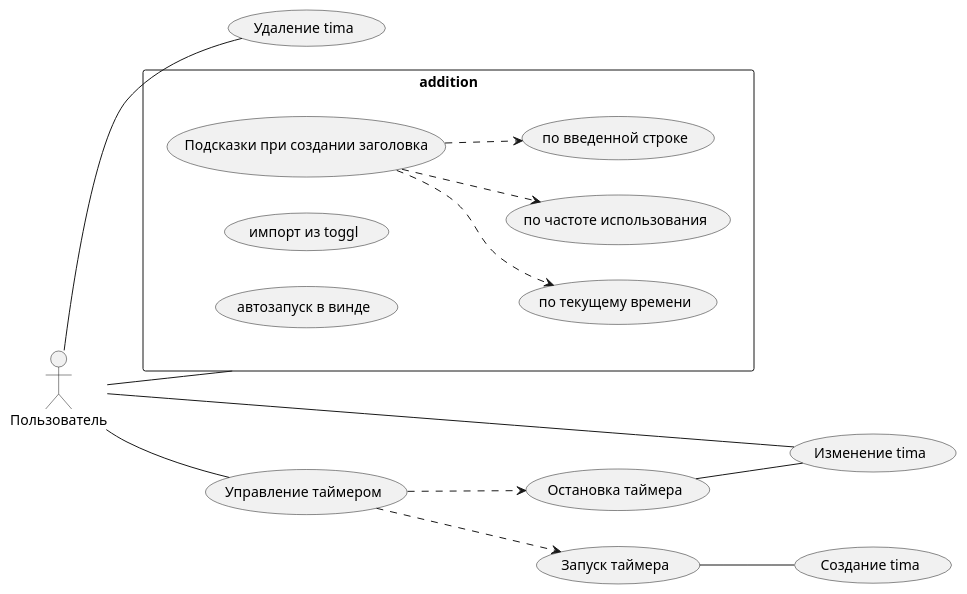
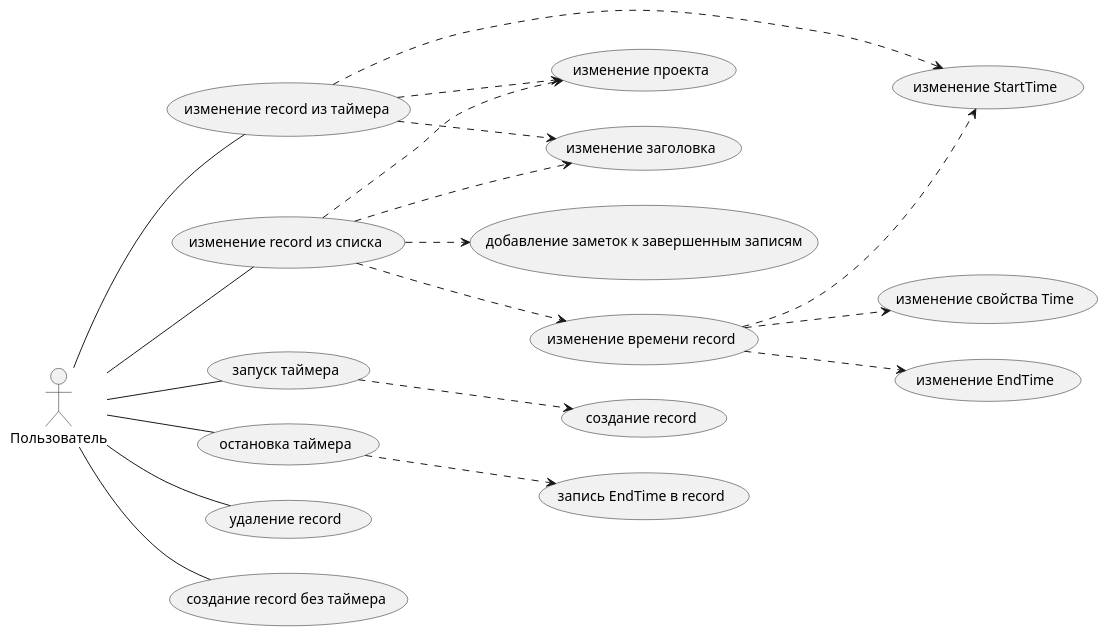
Before and after one commit to quaterni/TimaProject: the diagram in docs/use-cases/timaproject-use-case.plantuml, drawn with PlantUML. The commit also changed 66 other files, not shown here.

```diff
--- a/docs/use-cases/timaproject-use-case.plantuml
+++ b/docs/use-cases/timaproject-use-case.plantuml
@@ -1,43 +1,41 @@
-@startuml TimaProject
+@startuml timaproject-use-case
 
 left to right direction
 
 actor Пользователь as user
 
-(Создание tima) as crateNote
+(изменение record из таймера) as changeRecordTimer
+(запуск таймера) as startTimer
 
-(Удаление tima) as deleteNote
-
-(Изменение tima) as changeNote
-
-(Управление таймером) as timer
-
-(Запуск таймера) as startTime
-(Остановка таймера) as endTime
-
-user -- timer 
-
-timer ..> startTime
-timer ..> endTime
-startTime -- crateNote
-endTime -- changeNote
-
-user -- changeNote
-user -- deleteNote
-user --addition
+(создание record) as changeRecord
 
 
 
+user -- changeRecordTimer
+
+user -- startTimer
+
+startTimer ..> changeRecord
+
+changeRecordTimer ..> (изменение заголовка) 
+changeRecordTimer ..> (изменение StartTime)
+changeRecordTimer ..> (изменение проекта)
+
+user -- (остановка таймера)
+
+(остановка таймера) ..> (запись EndTime в record)
 
 
+user -- (удаление record)
+user -- (создание record без таймера)
+user -- (изменение record из списка)
+(изменение record из списка) ..> (изменение заголовка) 
+(изменение record из списка) ..> (изменение проекта)
+(изменение record из списка) ..> (изменение времени record)
+(изменение времени record) ..> (изменение StartTime)
+(изменение времени record) ..> (изменение EndTime)
+(изменение времени record) ..> (изменение свойства Time)
+(изменение record из списка) ..> (добавление заметок к завершенным записям)
 
-rectangle "Доп. функциональность" as addition {
-    (Подсказки при создании заголовка) as helper
-    helper ..> (по текущему времени)
-    helper ..> (по частоте использования)
-    helper ..> (по введенной строке)
-    (импорт из toggl)
-    (автозапуск в винде)
-}
 
 @enduml
```
